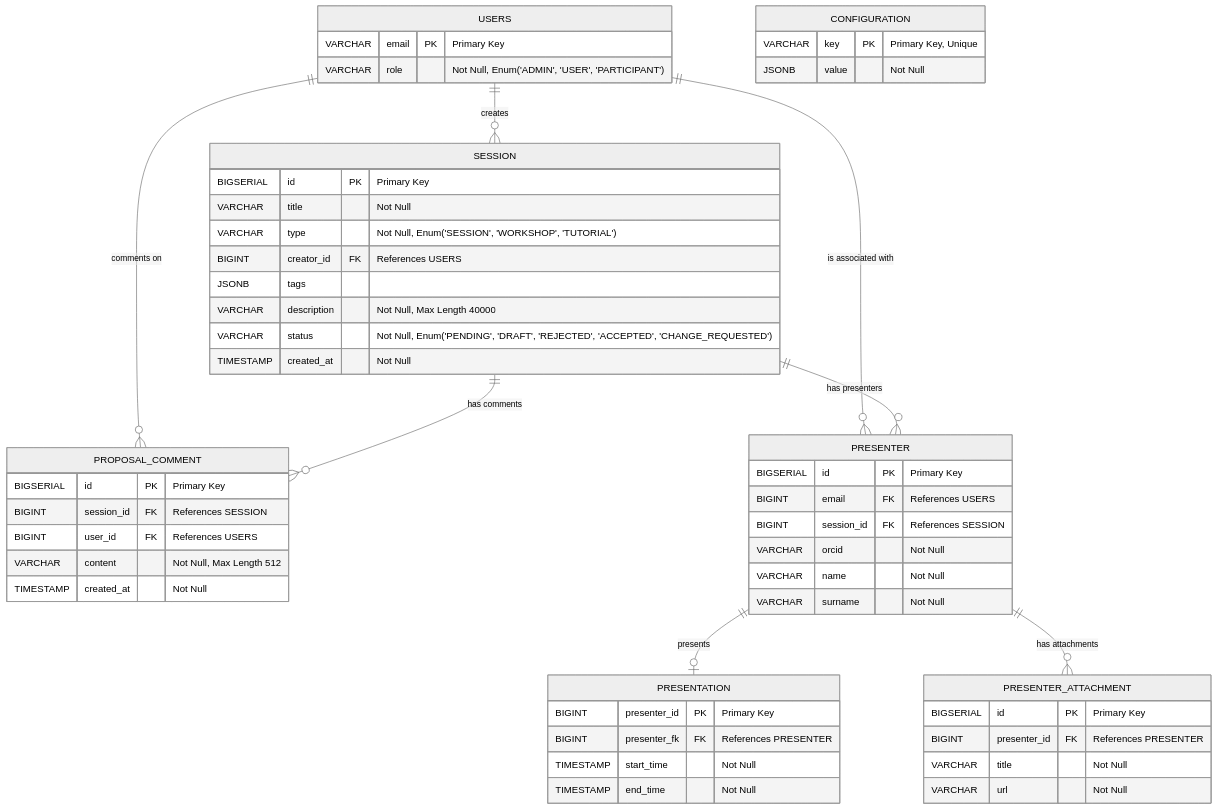
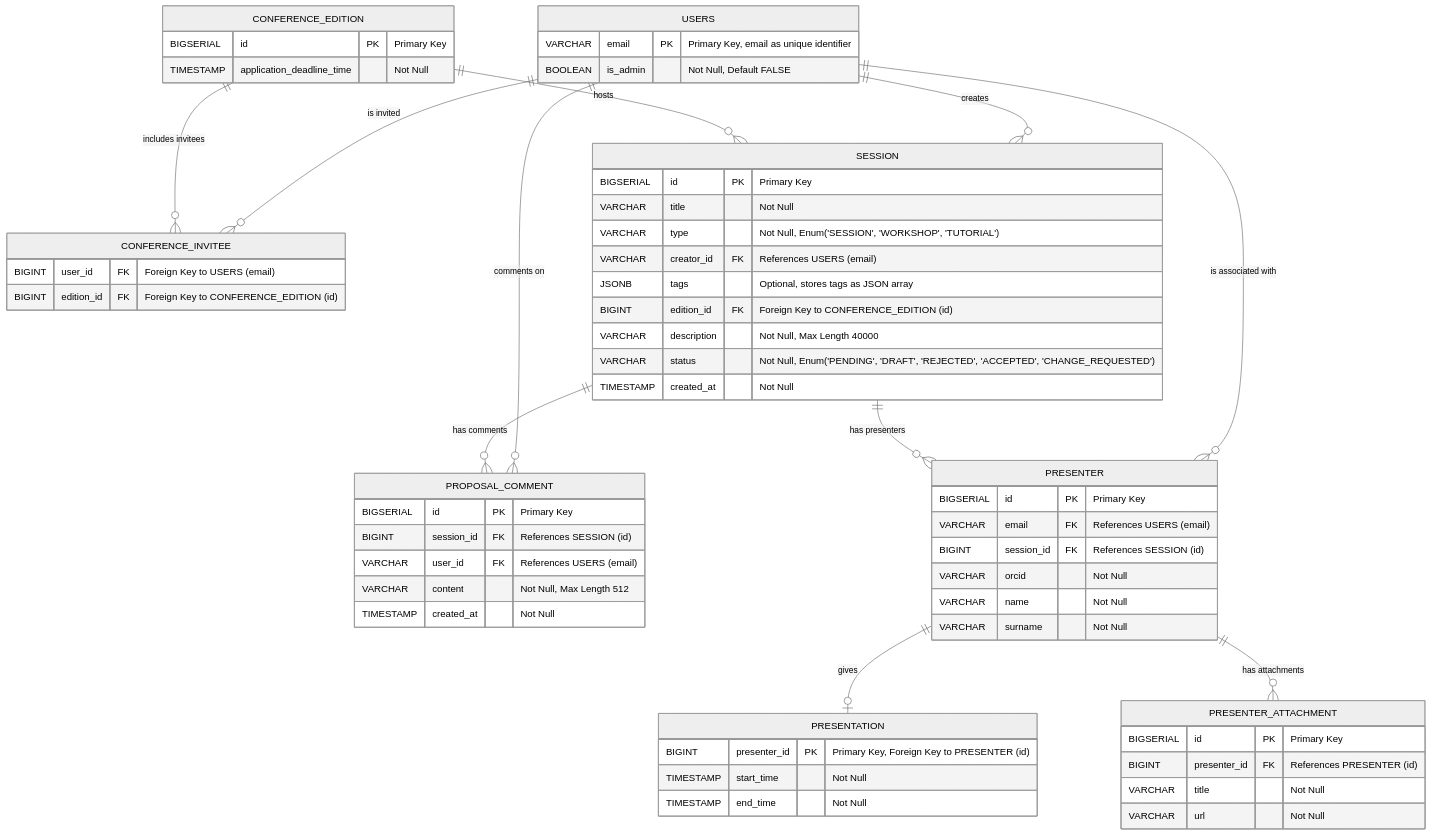
Before and after one commit to denisklebanovich/confero: the diagram in README.md, drawn with Mermaid (neutral theme). The commit also changed 1 other file, not shown here.

Commit message:
schema change

````diff
--- a/README.md
+++ b/README.md
@@ -6,63 +5,70 @@
 ```mermaid
 erDiagram
     USERS {
-        VARCHAR email PK "Primary Key"
-        VARCHAR role "Not Null, Enum('ADMIN', 'USER', 'PARTICIPANT')"
+        VARCHAR email PK "Primary Key, email as unique identifier"
+        BOOLEAN is_admin "Not Null, Default FALSE"
+    }
+
+    CONFERENCE_EDITION {
+        BIGSERIAL id PK "Primary Key"
+        TIMESTAMP application_deadline_time "Not Null"
+    }
+
+    CONFERENCE_INVITEE {
+        BIGINT user_id FK "Foreign Key to USERS (email)"
+        BIGINT edition_id FK "Foreign Key to CONFERENCE_EDITION (id)"
     }
 
     SESSION {
         BIGSERIAL id PK "Primary Key"
         VARCHAR title "Not Null"
         VARCHAR type "Not Null, Enum('SESSION', 'WORKSHOP', 'TUTORIAL')"
-        BIGINT creator_id FK "References USERS"
-        JSONB tags
+        VARCHAR creator_id FK "References USERS (email)"
+        JSONB tags "Optional, stores tags as JSON array"
+        BIGINT edition_id FK "Foreign Key to CONFERENCE_EDITION (id)"
         VARCHAR description "Not Null, Max Length 40000"
         VARCHAR status "Not Null, Enum('PENDING', 'DRAFT', 'REJECTED', 'ACCEPTED', 'CHANGE_REQUESTED')"
         TIMESTAMP created_at "Not Null"
     }
 
     PROPOSAL_COMMENT {
         BIGSERIAL id PK "Primary Key"
-        BIGINT session_id FK "References SESSION"
-        BIGINT user_id FK "References USERS"
+        BIGINT session_id FK "References SESSION (id)"
+        VARCHAR user_id FK "References USERS (email)"
         VARCHAR content "Not Null, Max Length 512"
         TIMESTAMP created_at "Not Null"
     }
 
     PRESENTER {
         BIGSERIAL id PK "Primary Key"
-        BIGINT email FK "References USERS"
-        BIGINT session_id FK "References SESSION"
+        VARCHAR email FK "References USERS (email)"
+        BIGINT session_id FK "References SESSION (id)"
         VARCHAR orcid "Not Null"
         VARCHAR name "Not Null"
         VARCHAR surname "Not Null"
     }
 
     PRESENTATION {
-        BIGINT presenter_id PK "Primary Key"
-        BIGINT presenter_fk FK "References PRESENTER"
+        BIGINT presenter_id PK "Primary Key, Foreign Key to PRESENTER (id)"
         TIMESTAMP start_time "Not Null"
         TIMESTAMP end_time "Not Null"
     }
 
     PRESENTER_ATTACHMENT {
         BIGSERIAL id PK "Primary Key"
-        BIGINT presenter_id FK "References PRESENTER"
+        BIGINT presenter_id FK "References PRESENTER (id)"
         VARCHAR title "Not Null"
         VARCHAR url "Not Null"
     }
 
-    CONFIGURATION {
-        VARCHAR key PK "Primary Key, Unique"
-        JSONB value "Not Null"
-    }
-
-    %% Relationships
-    USERS ||--o{ SESSION : "creates"
-    USERS ||--o{ PROPOSAL_COMMENT : "comments on"
-    USERS ||--o{ PRESENTER : "is associated with"
-    SESSION ||--o{ PROPOSAL_COMMENT : "has comments"
-    SESSION ||--o{ PRESENTER : "has presenters"
-    PRESENTER ||--o| PRESENTATION : "presents"
-    PRESENTER ||--o{ PRESENTER_ATTACHMENT : "has attachments"
+    USERS ||--o{ SESSION: "creates"
+    USERS ||--o{ PROPOSAL_COMMENT: "comments on"
+    USERS ||--o{ PRESENTER: "is associated with"
+    SESSION ||--o{ PROPOSAL_COMMENT: "has comments"
+    SESSION ||--o{ PRESENTER: "has presenters"
+    PRESENTER ||--o| PRESENTATION: "gives"
+    PRESENTER ||--o{ PRESENTER_ATTACHMENT: "has attachments"
+    USERS ||--o{ CONFERENCE_INVITEE: "is invited"
+    CONFERENCE_EDITION ||--o{ CONFERENCE_INVITEE: "includes invitees"
+    CONFERENCE_EDITION ||--o{ SESSION: "hosts"
 ```
````
